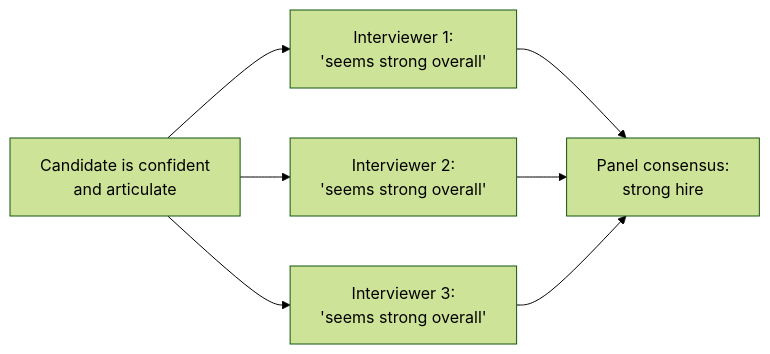
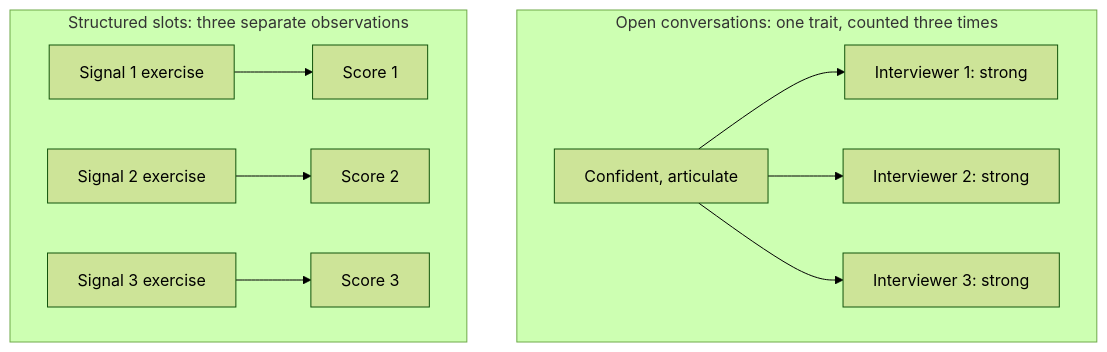
The diagram in src/content/people-management/defining-role/L2-concept.mdx (francoandreDev/knowledge), drawn with Mermaid (forest theme) before and after one commit. The commit also changed other lines of this file and 36 other files, not shown here.

First line of the commit message:
Migrate people-management batches 2-3 (nine units) to the three-tier exercise model

````diff
--- a/src/content/people-management/defining-role/L2-concept.mdx
+++ b/src/content/people-management/defining-role/L2-concept.mdx
@@ -30,9 +37,13 @@
 ```mermaid
-flowchart LR
-    A["Candidate is confident\nand articulate"] --> B["Interviewer 1:\n'seems strong overall'"]
-    A --> C["Interviewer 2:\n'seems strong overall'"]
-    A --> D["Interviewer 3:\n'seems strong overall'"]
-    B --> E["Panel consensus:\nstrong hire"]
-    C --> E
-    D --> E
+flowchart TB
+    subgraph Dependent["Open conversations: one trait, counted three times"]
+        T["Confident, articulate"] --> I1["Interviewer 1: strong"]
+        T --> I2["Interviewer 2: strong"]
+        T --> I3["Interviewer 3: strong"]
+    end
+    subgraph Independent["Structured slots: three separate observations"]
+        S1["Signal 1 exercise"] --> R1["Score 1"]
+        S2["Signal 2 exercise"] --> R2["Score 2"]
+        S3["Signal 3 exercise"] --> R3["Score 3"]
+    end
 ```
````
